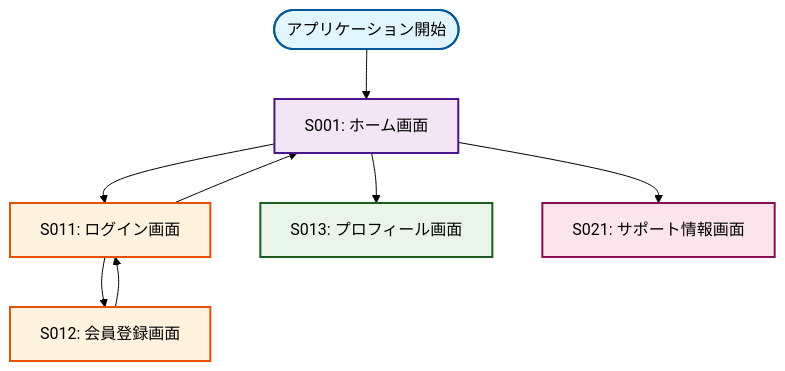
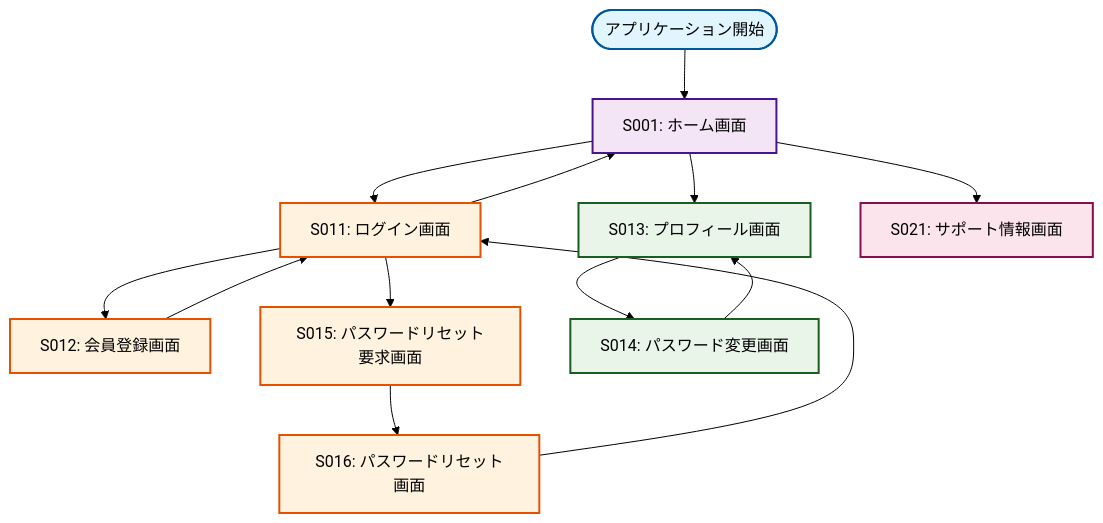
Before and after one commit to taichi0373/kumamoto-henno-map: the first of 5 diagrams in docs/02_functions/screen_flow.md, drawn with Mermaid (forest theme). The commit also changed other lines of this file and 125 other files, not shown here.

````diff
--- a/docs/02_functions/screen_flow.md
+++ b/docs/02_functions/screen_flow.md
@@ -7,23 +7,29 @@
 ```mermaid
 graph TD
     Start([アプリケーション開始]) --> Home[S001: ホーム画面]
 
     Home --> Login[S011: ログイン画面]
     Login --> Signup[S012: 会員登録画面]
+    Login --> ForgotPw[S015: パスワードリセット要求画面]
     Login --> Home
     Signup --> Login
+    ForgotPw --> ResetPw[S016: パスワードリセット画面]
+    ResetPw --> Login
 
     Home --> Profile[S013: プロフィール画面]
+    Profile --> ChangePw[S014: パスワード変更画面]
+    ChangePw --> Profile
     Home --> SupportInfo[S021: サポート情報画面]
+
     classDef startStyle fill:#e1f5fe,stroke:#01579b,stroke-width:2px
     classDef mainStyle fill:#f3e5f5,stroke:#4a148c,stroke-width:2px
     classDef authStyle fill:#fff3e0,stroke:#e65100,stroke-width:2px
     classDef userStyle fill:#e8f5e8,stroke:#1b5e20,stroke-width:2px
     classDef supportStyle fill:#fce4ec,stroke:#880e4f,stroke-width:2px
 
     class Start startStyle
     class Home mainStyle
-    class Login,Signup authStyle
-    class Profile userStyle
+    class Login,Signup,ForgotPw,ResetPw authStyle
+    class Profile,ChangePw userStyle
     class SupportInfo supportStyle
 ```
````
